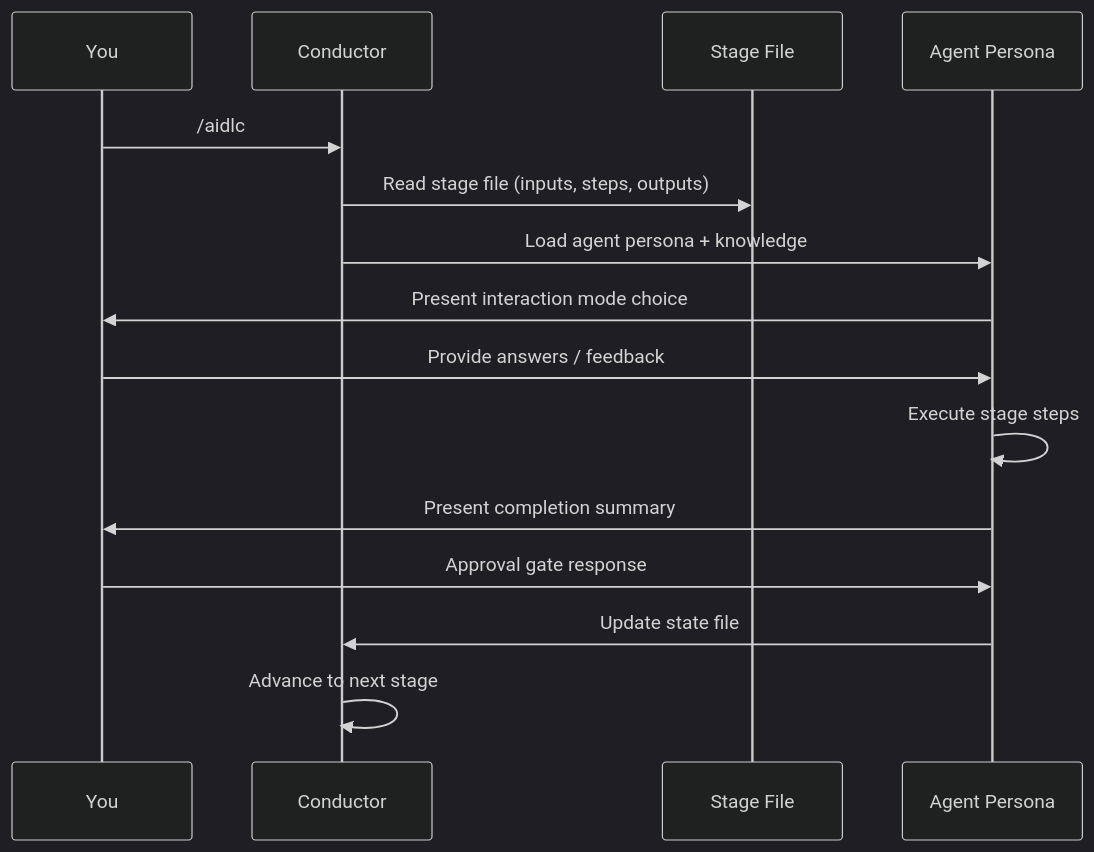
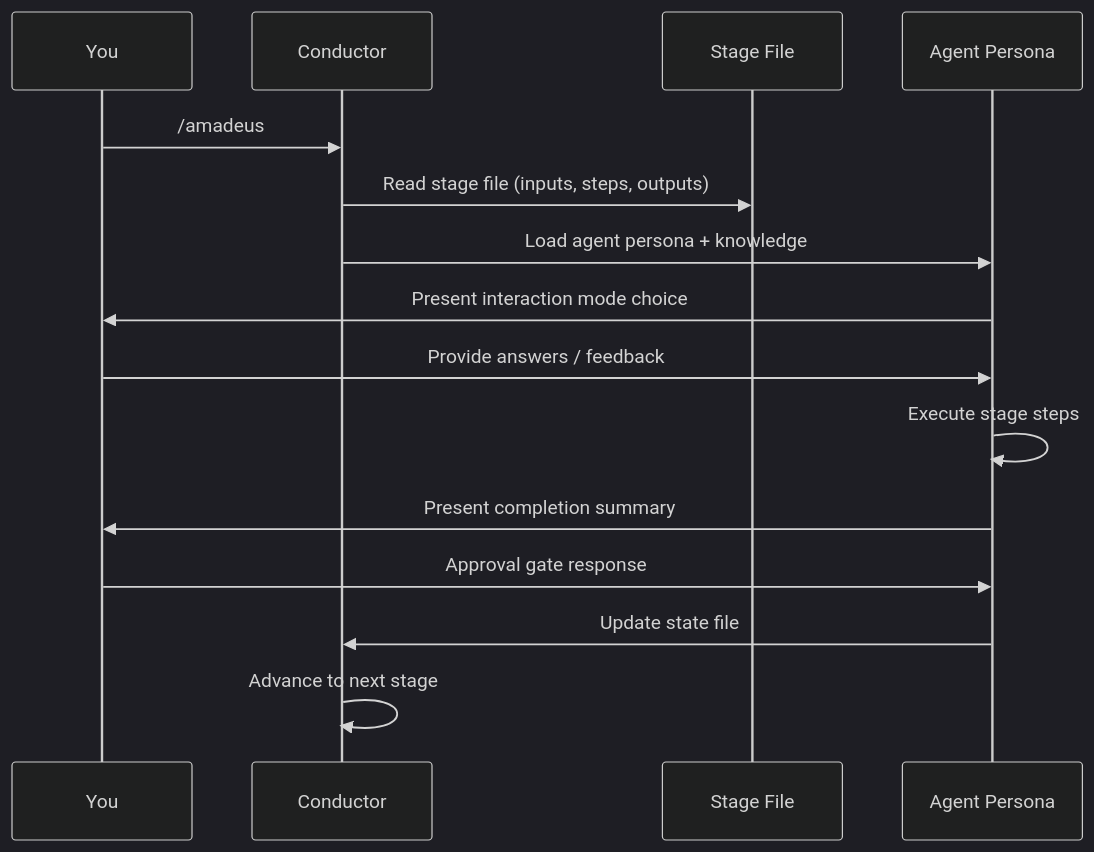
Before and after one commit to amadeus-dlc/amadeus: the first of 2 diagrams in docs/guide/02-your-first-workflow.md, drawn with Mermaid (dark theme). The commit also changed other lines of this file and 855 other files, not shown here.

Commit message:
refactor: rename aidlc prefixes to amadeus

````diff
--- a/docs/guide/02-your-first-workflow.md
+++ b/docs/guide/02-your-first-workflow.md
@@ -190,18 +190,18 @@
 ```mermaid
 sequenceDiagram
     participant U as You
     participant O as Conductor
     participant S as Stage File
     participant A as Agent Persona
 
-    U->>O: /aidlc
+    U->>O: /amadeus
     O->>S: Read stage file (inputs, steps, outputs)
     O->>A: Load agent persona + knowledge
     A->>U: Present interaction mode choice
     U->>A: Provide answers / feedback
     A->>A: Execute stage steps
     A->>U: Present completion summary
     U->>A: Approval gate response
     A->>O: Update state file
     O->>O: Advance to next stage
 ```
````
